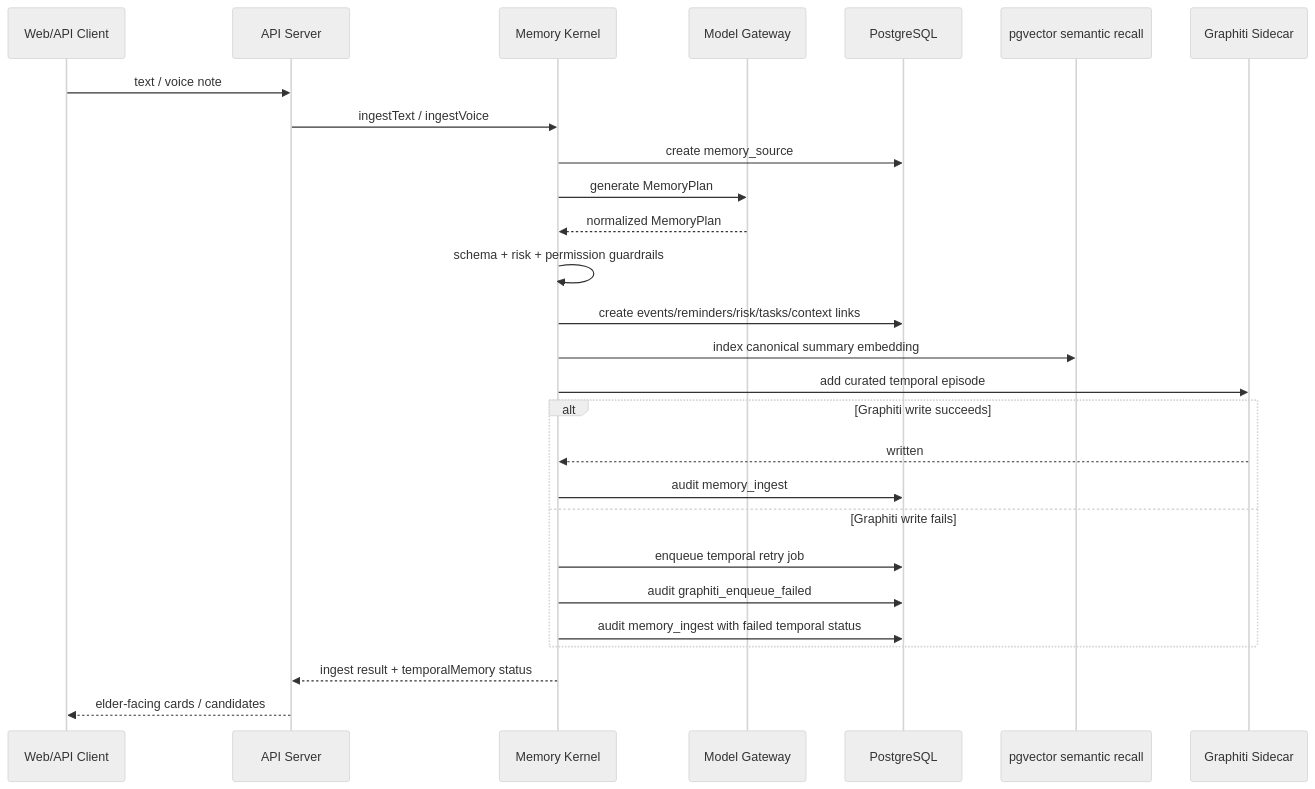
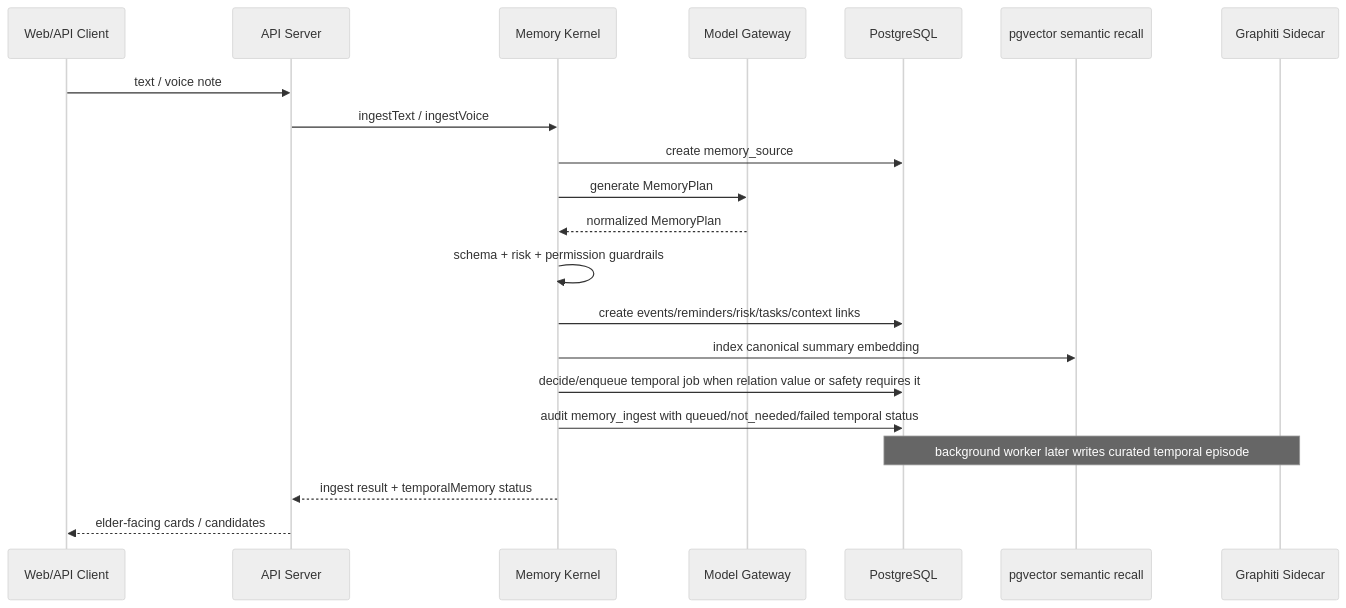
The third of 5 diagrams in docs/current-capabilities-and-architecture.md (archpeng/goldmem), drawn with Mermaid (neutral theme) before and after one commit. The commit also changed other lines of this file and 27 other files, not shown here.

Commit message:
align kernel commands and temporal query architecture

````diff
--- a/docs/current-capabilities-and-architecture.md
+++ b/docs/current-capabilities-and-architecture.md
@@ -80,30 +80,24 @@
 ```mermaid
 sequenceDiagram
   participant Client as Web/API Client
   participant API as API Server
   participant Kernel as Memory Kernel
   participant Model as Model Gateway
   participant PG as PostgreSQL
   participant Semantic as pgvector semantic recall
   participant Graphiti as Graphiti Sidecar
 
   Client->>API: text / voice note
   API->>Kernel: ingestText / ingestVoice
   Kernel->>PG: create memory_source
   Kernel->>Model: generate MemoryPlan
   Model-->>Kernel: normalized MemoryPlan
   Kernel->>Kernel: schema + risk + permission guardrails
   Kernel->>PG: create events/reminders/risk/tasks/context links
   Kernel->>Semantic: index canonical summary embedding
-  Kernel->>Graphiti: add curated temporal episode
-  alt Graphiti write succeeds
-    Graphiti-->>Kernel: written
-    Kernel->>PG: audit memory_ingest
-  else Graphiti write fails
-    Kernel->>PG: enqueue temporal retry job
-    Kernel->>PG: audit graphiti_enqueue_failed
-    Kernel->>PG: audit memory_ingest with failed temporal status
-  end
+  Kernel->>PG: decide/enqueue temporal job when relation value or safety requires it
+  Kernel->>PG: audit memory_ingest with queued/not_needed/failed temporal status
+  Note over PG,Graphiti: background worker later writes curated temporal episode
   Kernel-->>API: ingest result + temporalMemory status
   API-->>Client: elder-facing cards / candidates
 ```
````
